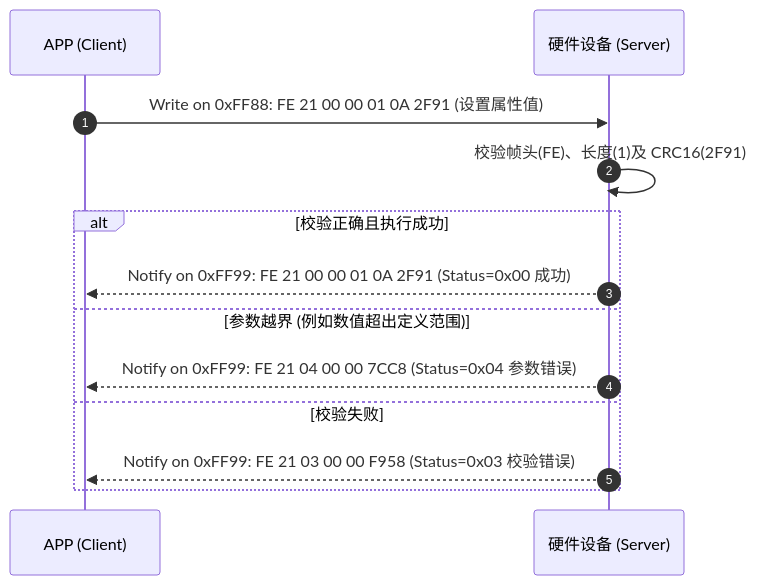
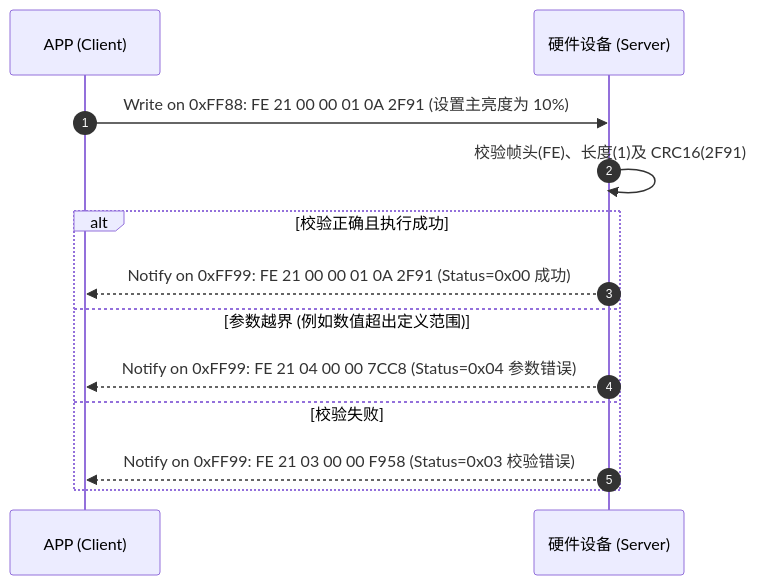
The fifth of 6 diagrams in 1. 协议规范/BLE API 规范.md (Grandboy1024/gb-project-guidelines), drawn with Mermaid before and after one commit. The commit also changed other lines of this file and 33 other files, not shown here.

````diff
--- a/1. 协议规范/BLE API 规范.md
+++ b/1. 协议规范/BLE API 规范.md
@@ -527,16 +618,16 @@
 ```mermaid
 sequenceDiagram
     autonumber
     participant App as APP (Client)
     participant Dev as 硬件设备 (Server)
 
-    App->>Dev: Write on 0xFF88: FE 21 00 00 01 0A 2F91 (设置属性值)
+    App->>Dev: Write on 0xFF88: FE 21 00 00 01 0A 2F91 (设置主亮度为 10%)
     Dev->>Dev: 校验帧头(FE)、长度(1)及 CRC16(2F91)
     alt 校验正确且执行成功
         Dev-->>App: Notify on 0xFF99: FE 21 00 00 01 0A 2F91 (Status=0x00 成功)
     else 参数越界 (例如数值超出定义范围)
         Dev-->>App: Notify on 0xFF99: FE 21 04 00 00 7CC8 (Status=0x04 参数错误)
     else 校验失败
         Dev-->>App: Notify on 0xFF99: FE 21 03 00 00 F958 (Status=0x03 校验错误)
     end
 ```
````
